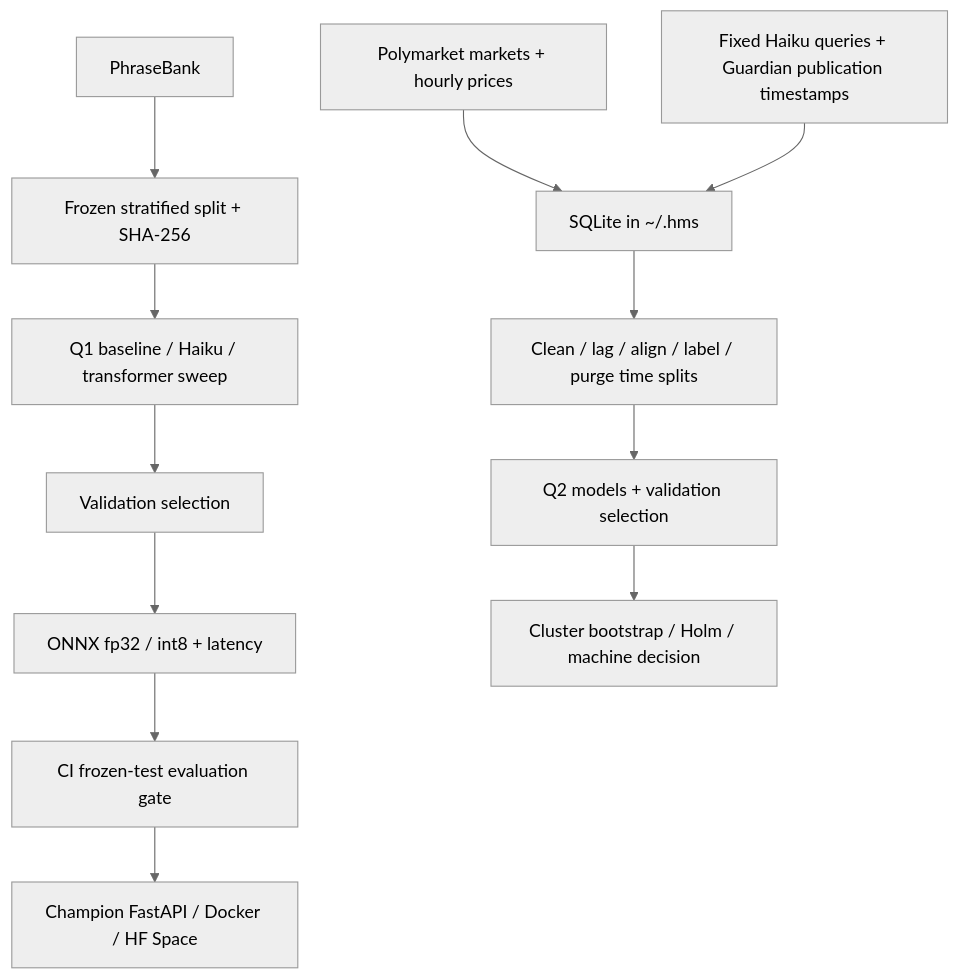
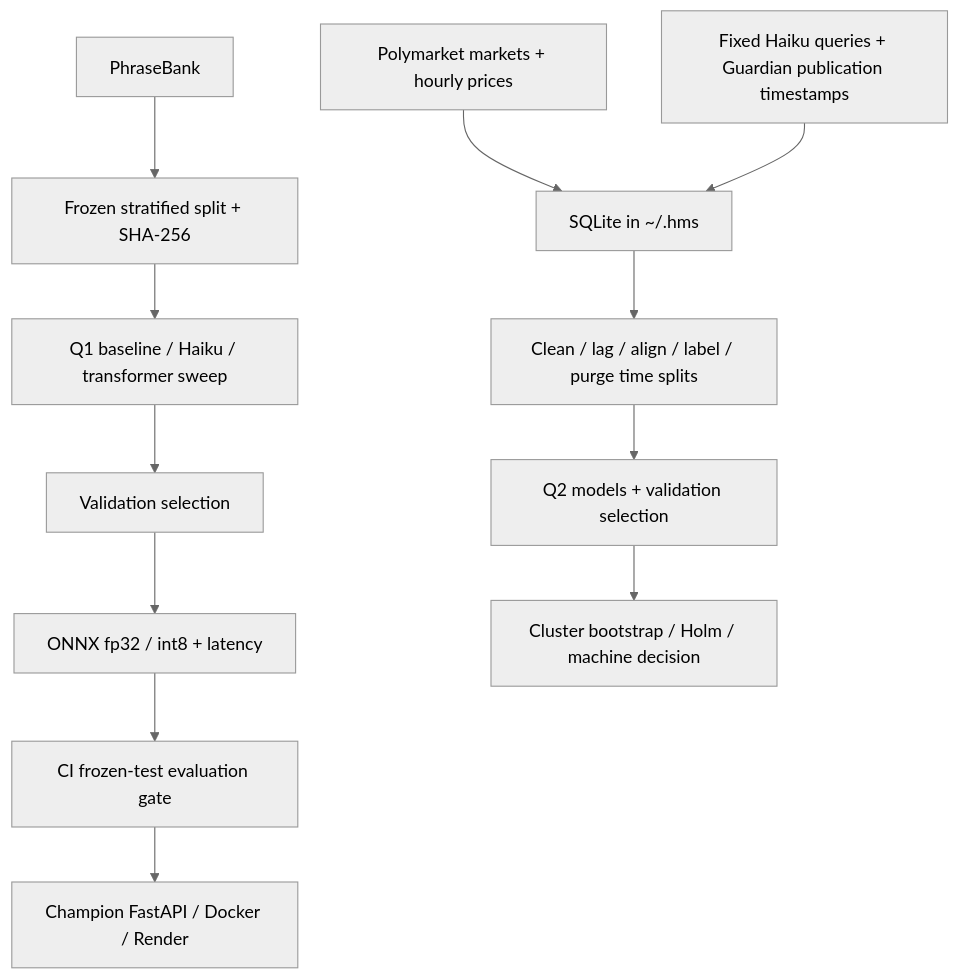
The diagram in README.md (ibra049/headline-market-signal), drawn with Mermaid (neutral theme) before and after one commit. The commit also changed other lines of this file and 7 other files, not shown here.

````diff
--- a/README.md
+++ b/README.md
@@ -110,14 +110,14 @@
 ```mermaid
 flowchart TD
   P[PhraseBank] --> F[Frozen stratified split + SHA-256]
   F --> Q1[Q1 baseline / Haiku / transformer sweep]
   Q1 --> V[Validation selection]
   V --> O[ONNX fp32 / int8 + latency]
   O --> G[CI frozen-test evaluation gate]
-  G --> A[Champion FastAPI / Docker / HF Space]
+  G --> A[Champion FastAPI / Docker / Render]
   M[Polymarket markets + hourly prices] --> D[SQLite in ~/.hms]
   H[Fixed Haiku queries + Guardian publication timestamps] --> D
   D --> E[Clean / lag / align / label / purge time splits]
   E --> Q2[Q2 models + validation selection]
   Q2 --> R[Cluster bootstrap / Holm / machine decision]
 ```
````
